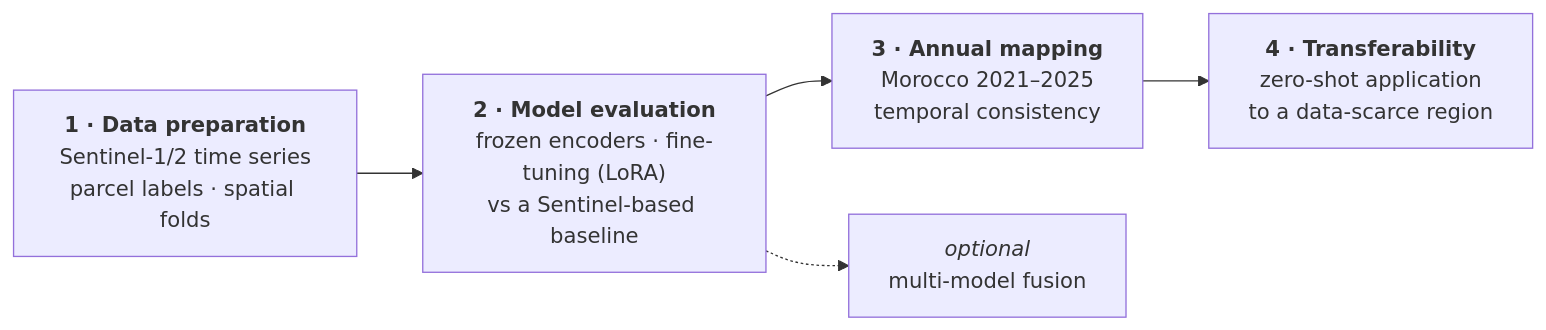
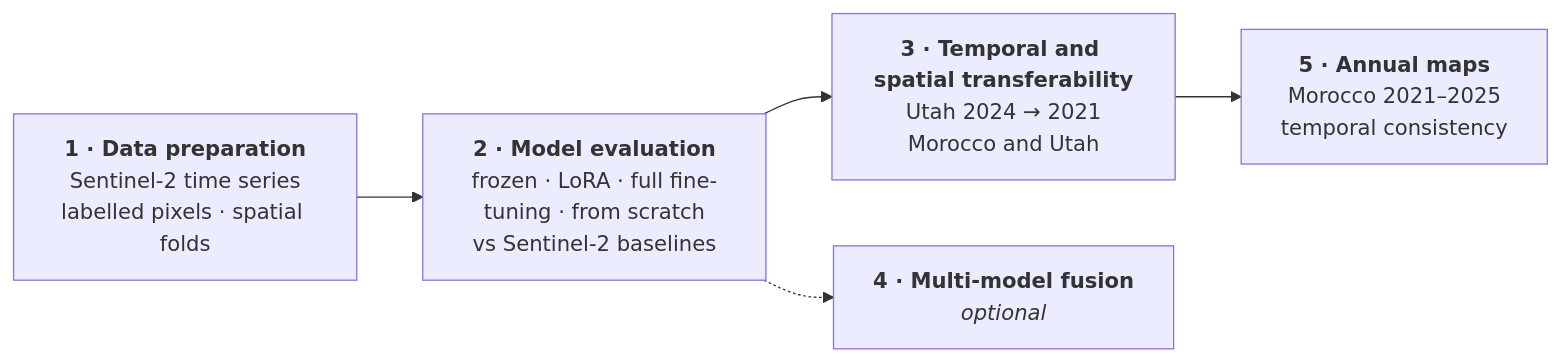
Before and after one commit to amanchry/irrimapping-geofm: the diagram in docs/introduction.md, drawn with Mermaid. The commit also changed other lines of this file and 56 other files, not shown here.

````diff
--- a/docs/introduction.md
+++ b/docs/introduction.md
@@ -99,7 +110,7 @@
 ```mermaid
 flowchart LR
-    A["<b>1 · Data preparation</b><br/>Sentinel-1/2 time series<br/>parcel labels · spatial folds"] --> B["<b>2 · Model evaluation</b><br/>frozen encoders · fine-tuning (LoRA)<br/>vs a Sentinel-based baseline"]
-    B --> C["<b>3 · Annual mapping</b><br/>Morocco 2021–2025<br/>temporal consistency"]
-    C --> D["<b>4 · Transferability</b><br/>zero-shot application<br/>to a data-scarce region"]
-    B -.-> E["<i>optional</i><br/>multi-model fusion"]
+    A["<b>1 · Data preparation</b><br/>Sentinel-2 time series<br/>labelled pixels · spatial folds"] --> B["<b>2 · Model evaluation</b><br/>frozen · LoRA · full fine-tuning · from scratch<br/>vs Sentinel-2 baselines"]
+    B --> C["<b>3 · Temporal and spatial transferability</b><br/>Utah 2024 → 2021<br/>Morocco and Utah"]
+    B -.-> E["<b>4 · Multi-model fusion</b><br/><i>optional</i>"]
+    C --> D["<b>5 · Annual maps</b><br/>Morocco 2021–2025<br/>temporal consistency"]
 ```
````
